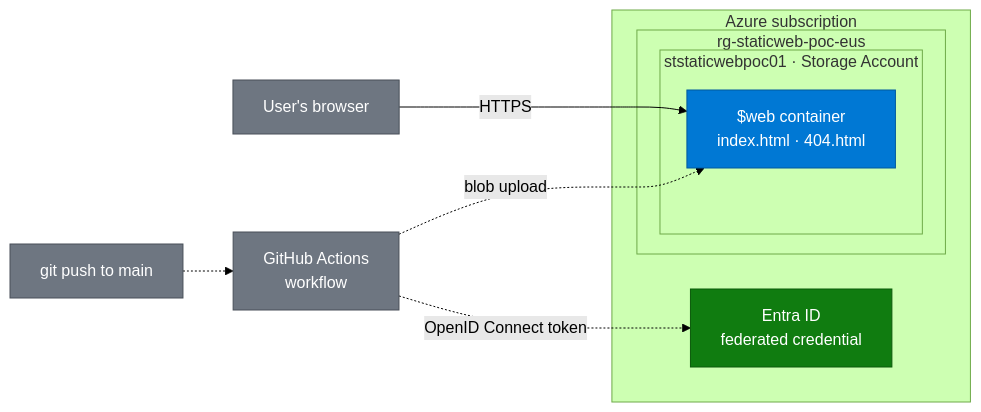
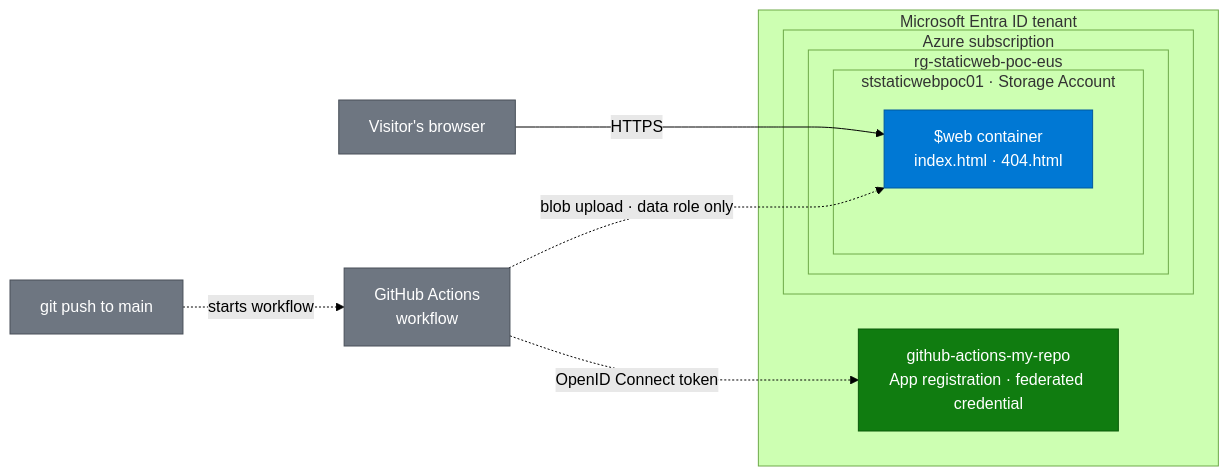
The diagram in standards/DIAGRAM-STANDARD.md (zsociety47/cloud-projects), drawn with Mermaid (forest theme) before and after one commit. The commit also changed other lines of this file, not shown here.

Commit message:
Diagram standard: put Entra ID tenant outermost and label every arrow

````diff
--- a/standards/DIAGRAM-STANDARD.md
+++ b/standards/DIAGRAM-STANDARD.md
@@ -57,28 +57,30 @@
 ```mermaid
 flowchart LR
-    user["User's browser"]
+    user["Visitor's browser"]
     dev["git push to main"]
     gha["GitHub Actions<br/>workflow"]
 
-    subgraph sub["Azure subscription"]
-        entra["Entra ID<br/>federated credential"]
-        subgraph rg["rg-staticweb-poc-eus"]
-            subgraph st["ststaticwebpoc01 · Storage Account"]
-                web["$web container<br/>index.html · 404.html"]
+    subgraph tenant["Microsoft Entra ID tenant"]
+        entra["github-actions-my-repo<br/>App registration · federated credential"]
+        subgraph sub["Azure subscription"]
+            subgraph rg["rg-staticweb-poc-eus"]
+                subgraph st["ststaticwebpoc01 · Storage Account"]
+                    web["$web container<br/>index.html · 404.html"]
+                end
             end
         end
     end
 
     user -- "HTTPS" --> web
-    dev -.-> gha
+    dev -. "starts workflow" .-> gha
     gha -. "OpenID Connect token" .-> entra
-    gha -. "blob upload" .-> web
+    gha -. "blob upload · data role only" .-> web
 
     classDef azure fill:#0078d4,stroke:#005a9e,color:#fff
     classDef external fill:#6e7681,stroke:#484f58,color:#fff
     classDef identity fill:#107c10,stroke:#0b5a0b,color:#fff
 
     class web azure
     class user,dev,gha external
     class entra identity
 ```
````
